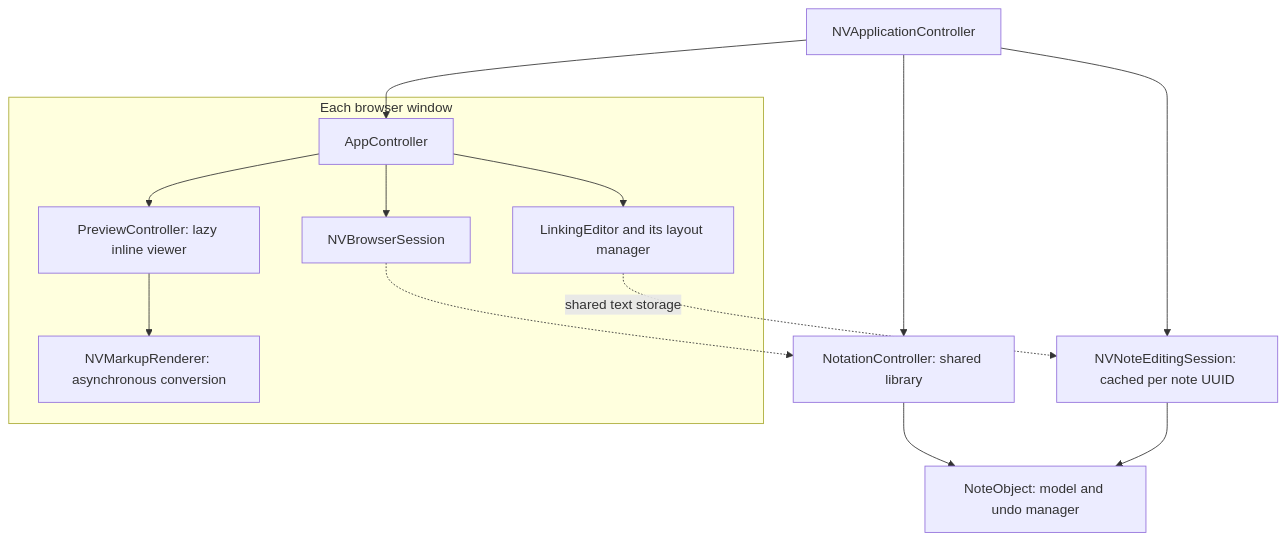
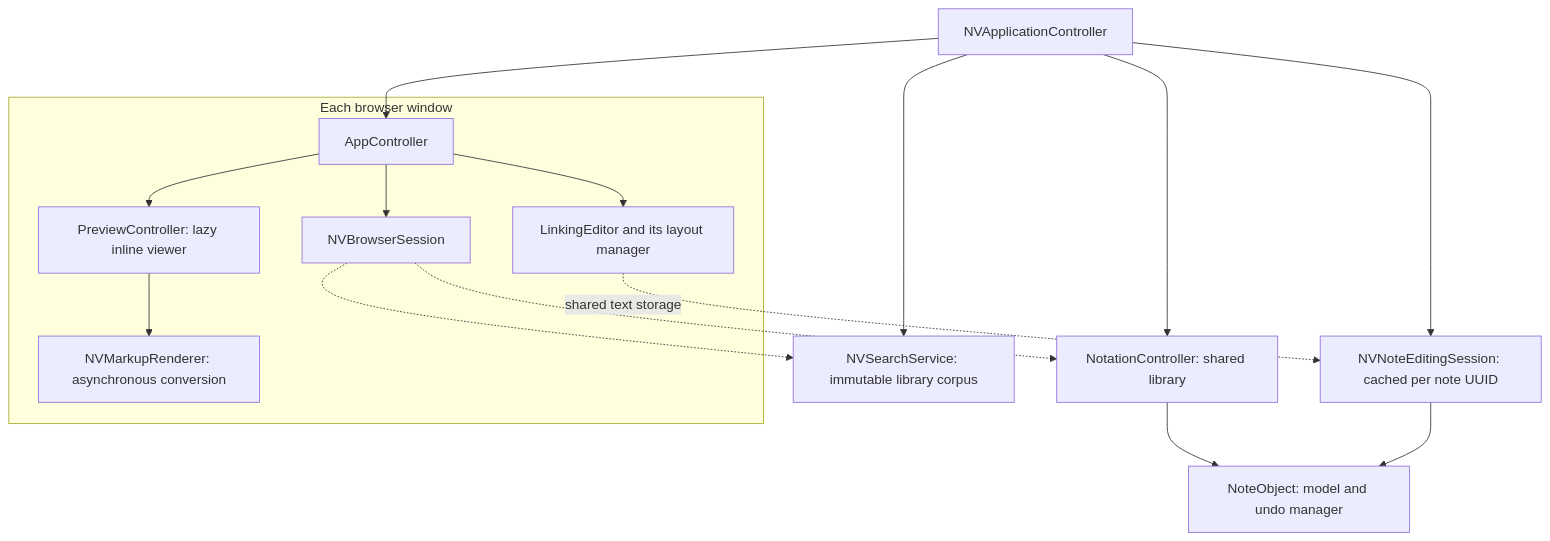
The diagram in architecture.md (dangduc/nv), drawn with Mermaid before and after one commit. The commit also changed other lines of this file and 107 other files, not shown here.

````diff
--- a/architecture.md
+++ b/architecture.md
@@ -14,16 +14,18 @@
 ```mermaid
 flowchart TD
     A["NVApplicationController"] --> L["NotationController: shared library"]
     A --> B
     A --> E["NVNoteEditingSession: cached per note UUID"]
+    A --> Q["NVSearchService: immutable library corpus"]
     L --> N["NoteObject: model and undo manager"]
     E --> N
     subgraph Window["Each browser window"]
         B["AppController"] --> S["NVBrowserSession"]
         B --> V["LinkingEditor and its layout manager"]
         B --> P["PreviewController: lazy inline viewer"]
         P --> R["NVMarkupRenderer: asynchronous conversion"]
     end
     S -.-> L
+    S -.-> Q
     V -.->|shared text storage| E
 ```
````
